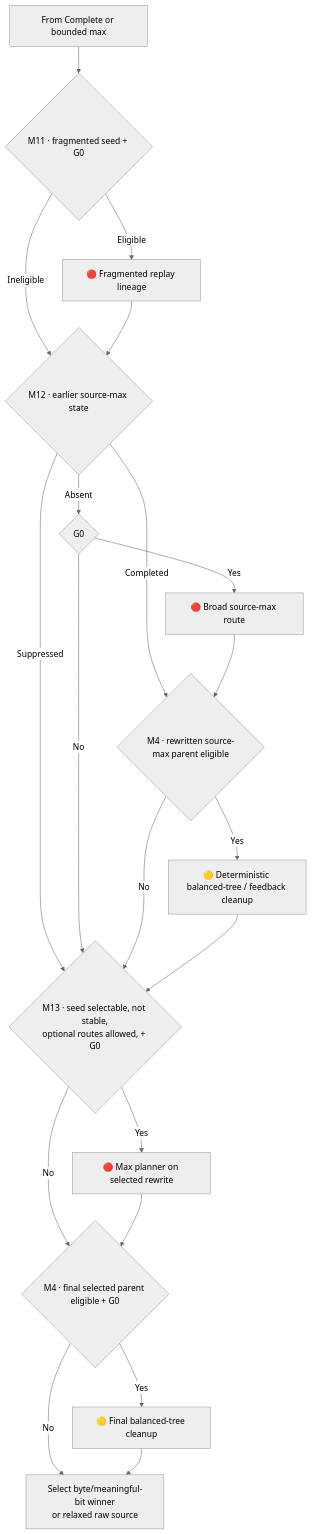
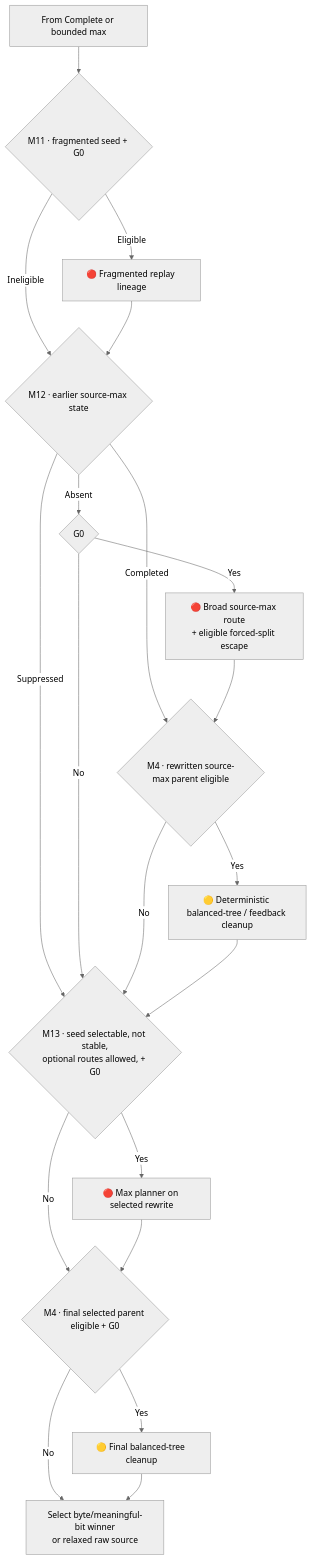
The fifth of 6 diagrams in docs/routes-and-methods.md (ace-dent/columbo), drawn with Mermaid (neutral theme) before and after one commit. The commit also changed other lines of this file and 2 other files, not shown here.

Commit message:
core: New methods
- Implement forced-split boundary escape.

````diff
--- a/docs/routes-and-methods.md
+++ b/docs/routes-and-methods.md
@@ -297,22 +297,22 @@
 ```mermaid
 flowchart TD
     START["From Complete or bounded max"] --> M11{"M11 · fragmented seed + G0"}
     M11 -- "Eligible" --> FRAG["🔴 Fragmented replay lineage"]
     M11 -- "Ineligible" --> M12
     FRAG --> M12{"M12 · earlier source-max state"}
     M12 -- "Completed" --> M4SRC
     M12 -- "Suppressed" --> M13
     M12 -- "Absent" --> M12G{"G0"}
-    M12G -- "Yes" --> SMAX["🔴 Broad source-max route"]
+    M12G -- "Yes" --> SMAX["🔴 Broad source-max route<br/>+ eligible forced-split escape"]
     M12G -- "No" --> M13
     SMAX --> M4SRC{"M4 · rewritten source-max parent eligible"}
     M4SRC -- "Yes" --> M4SRUN["🟡 Deterministic balanced-tree / feedback cleanup"]
     M4SRC -- "No" --> M13
     M4SRUN --> M13{"M13 · seed selectable, not stable,<br/>optional routes allowed, + G0"}
     M13 -- "Yes" --> SEEDRUN["🔴 Max planner on selected rewrite"]
     M13 -- "No" --> M4FINAL
     SEEDRUN --> M4FINAL{"M4 · final selected parent eligible + G0"}
     M4FINAL -- "Yes" --> QFINAL["🟡 Final balanced-tree cleanup"]
     M4FINAL -- "No" --> PICKMAX
     QFINAL --> PICKMAX["Select byte/meaningful-bit winner<br/>or relaxed raw source"]
 ```
````
